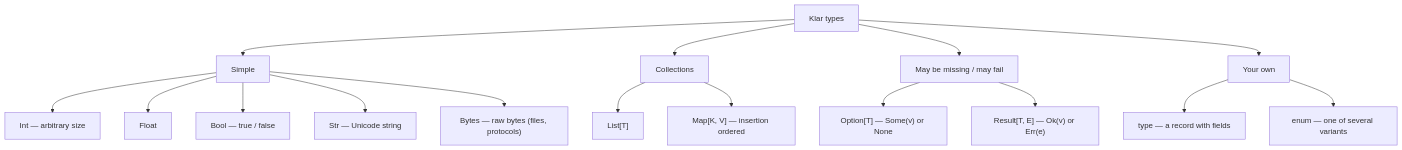
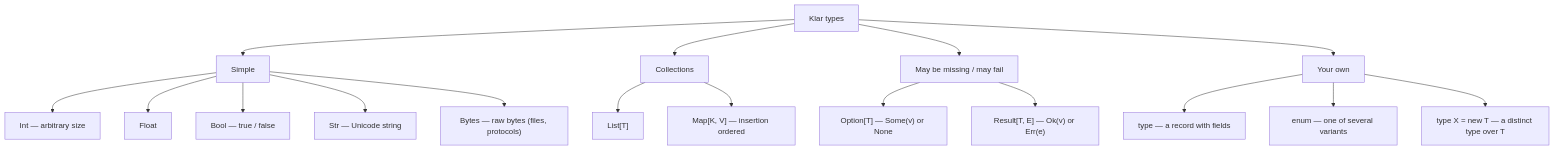
One commit to veosett/Klar changed the second of 12 diagrams in docs/GUIDE.en.md. Above: the diagram before and after it, drawn with Mermaid. The commit also changed other lines of this file and 23 other files, not shown here.

````diff
--- a/docs/GUIDE.en.md
+++ b/docs/GUIDE.en.md
@@ -44,18 +44,19 @@
 ```mermaid
 flowchart TB
     T["Klar types"] --> P["Simple"]
     T --> C["Collections"]
     T --> M["May be missing / may fail"]
     T --> U["Your own"]
     P --> P1["Int — arbitrary size"]
     P --> P2["Float"]
     P --> P3["Bool — true / false"]
     P --> P4["Str — Unicode string"]
     P --> P5["Bytes — raw bytes (files, protocols)"]
     C --> C1["List[T]"]
     C --> C2["Map[K, V] — insertion ordered"]
     M --> M1["Option[T] — Some(v) or None"]
     M --> M2["Result[T, E] — Ok(v) or Err(e)"]
     U --> U1["type — a record with fields"]
     U --> U2["enum — one of several variants"]
+    U --> U3["type X = new T — a distinct type over T"]
 ```
````
